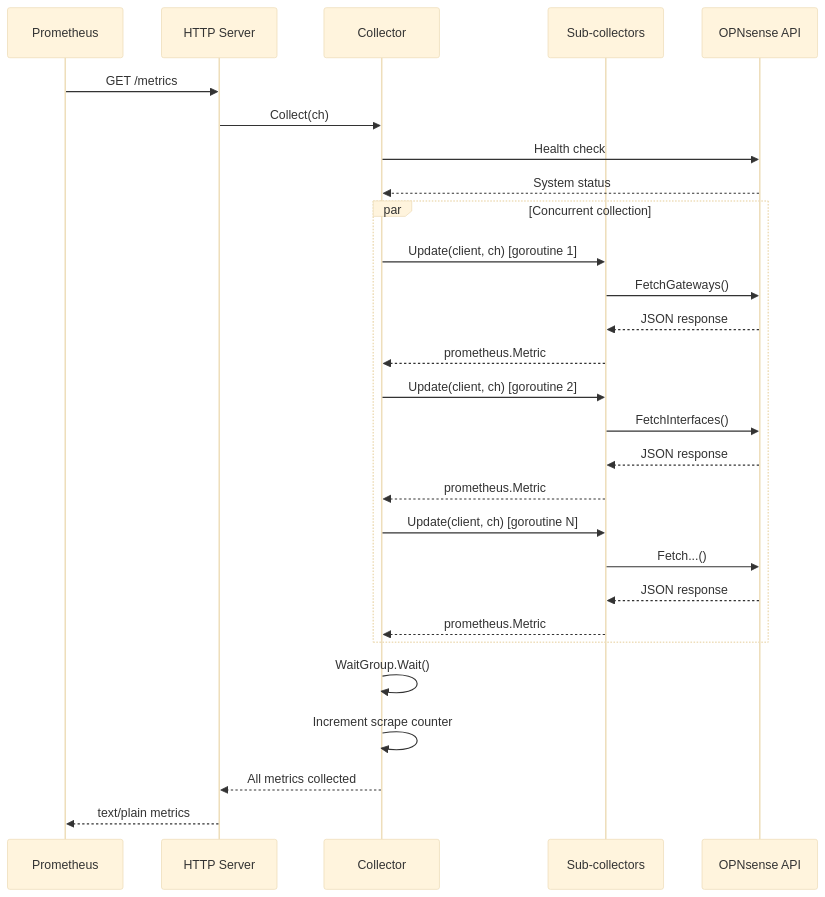
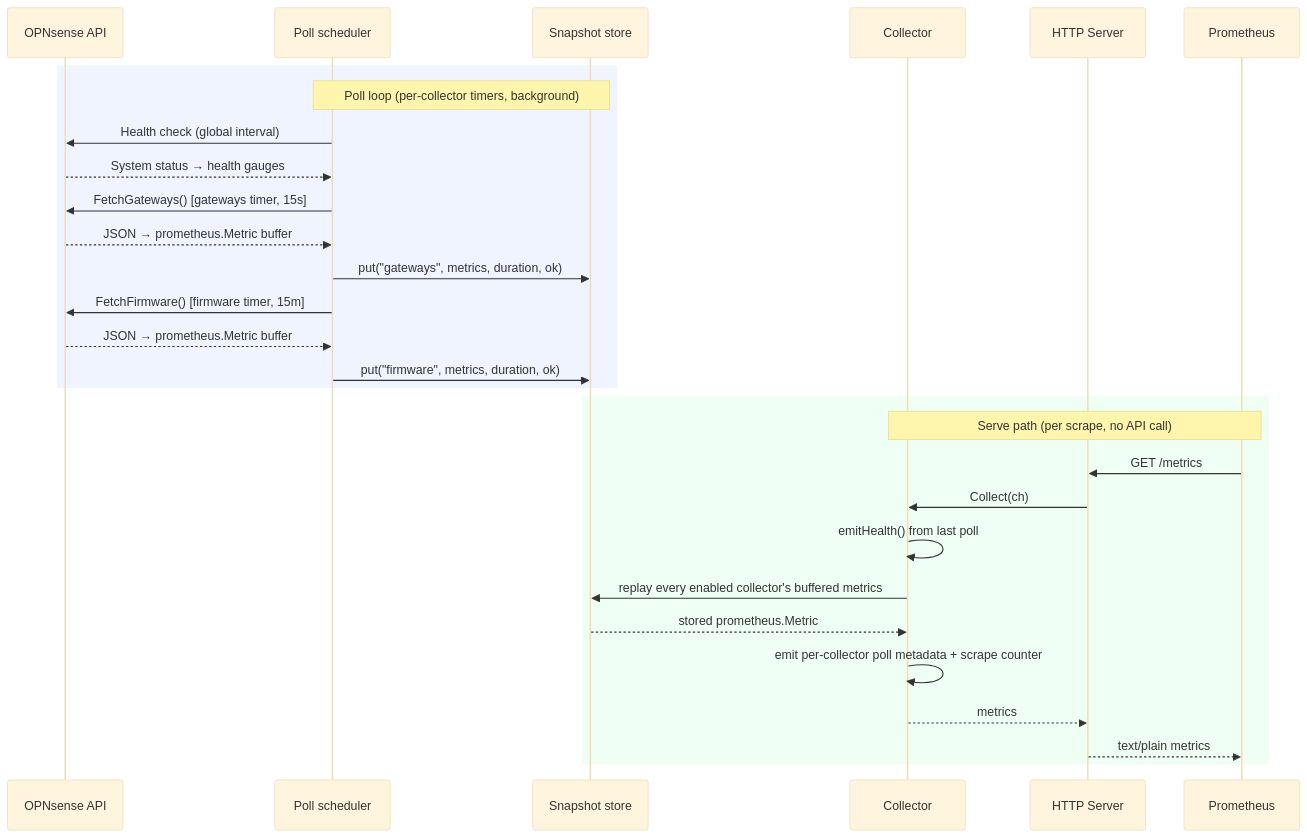
One commit to rknightion/opnsense-exporter changed the second of 2 diagrams in docs/architecture.md. Above: the diagram before and after it, drawn with Mermaid (base theme). The commit also changed other lines of this file and 1 other file, not shown here.

Commit message:
docs: update documentation
Claude-Session: https://claude.ai/code/session_011aP1eqT68NnqQXpSCf18Lv

````diff
--- a/docs/architecture.md
+++ b/docs/architecture.md
@@ -105,35 +110,33 @@
 ```mermaid
 sequenceDiagram
+    participant A as OPNsense API
+    participant Sched as Poll scheduler
+    participant St as Snapshot store
+    participant C as Collector
+    participant H as HTTP Server
     participant P as Prometheus
-    participant H as HTTP Server
-    participant C as Collector
-    participant S as Sub-collectors
-    participant A as OPNsense API
 
-    P->>H: GET /metrics
-    H->>C: Collect(ch)
-    C->>A: Health check
-    A-->>C: System status
-
-    par Concurrent collection
-        C->>S: Update(client, ch) [goroutine 1]
-        S->>A: FetchGateways()
-        A-->>S: JSON response
-        S-->>C: prometheus.Metric
-
-        C->>S: Update(client, ch) [goroutine 2]
-        S->>A: FetchInterfaces()
-        A-->>S: JSON response
-        S-->>C: prometheus.Metric
-
-        C->>S: Update(client, ch) [goroutine N]
-        S->>A: Fetch...()
-        A-->>S: JSON response
-        S-->>C: prometheus.Metric
+    rect rgb(240, 244, 255)
+        note over Sched,St: Poll loop (per-collector timers, background)
+        Sched->>A: Health check (global interval)
+        A-->>Sched: System status → health gauges
+        Sched->>A: FetchGateways() [gateways timer, 15s]
+        A-->>Sched: JSON → prometheus.Metric buffer
+        Sched->>St: put("gateways", metrics, duration, ok)
+        Sched->>A: FetchFirmware() [firmware timer, 15m]
+        A-->>Sched: JSON → prometheus.Metric buffer
+        Sched->>St: put("firmware", metrics, duration, ok)
     end
 
-    C->>C: WaitGroup.Wait()
-    C->>C: Increment scrape counter
-    C-->>H: All metrics collected
-    H-->>P: text/plain metrics
+    rect rgb(240, 255, 244)
+        note over C,P: Serve path (per scrape, no API call)
+        P->>H: GET /metrics
+        H->>C: Collect(ch)
+        C->>C: emitHealth() from last poll
+        C->>St: replay every enabled collector's buffered metrics
+        St-->>C: stored prometheus.Metric
+        C->>C: emit per-collector poll metadata + scrape counter
+        C-->>H: metrics
+        H-->>P: text/plain metrics
+    end
 ```
````
